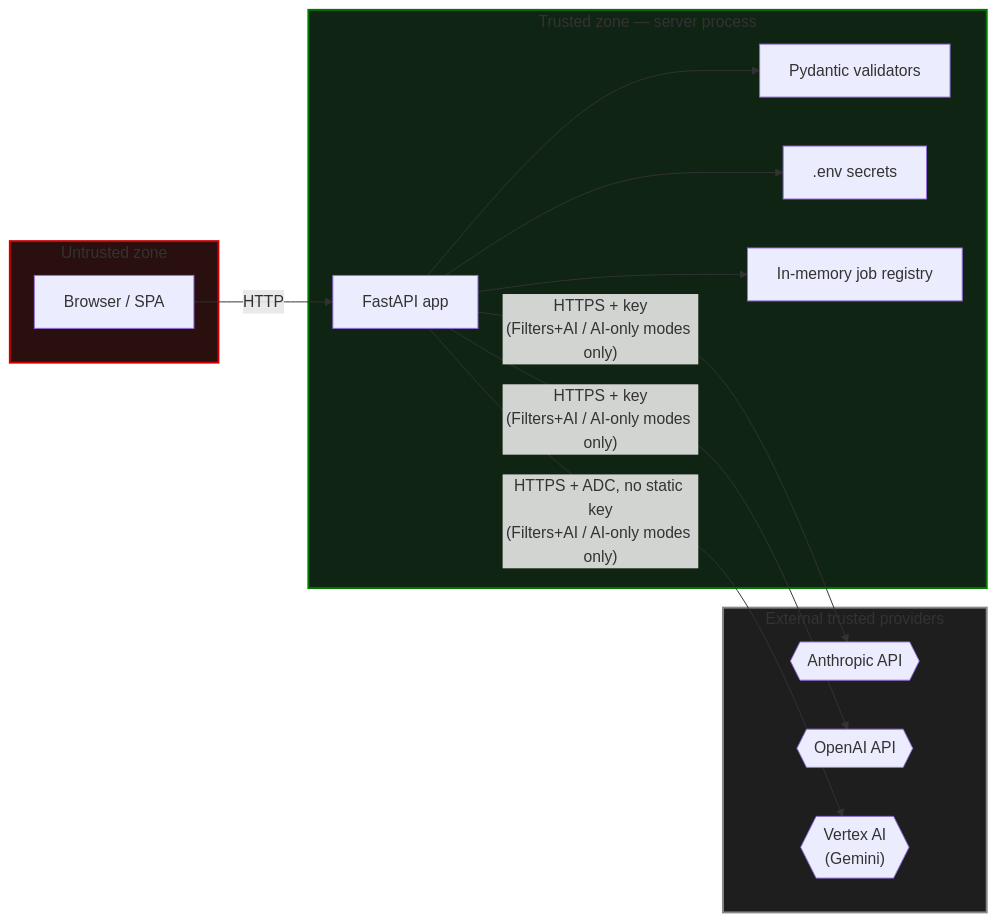
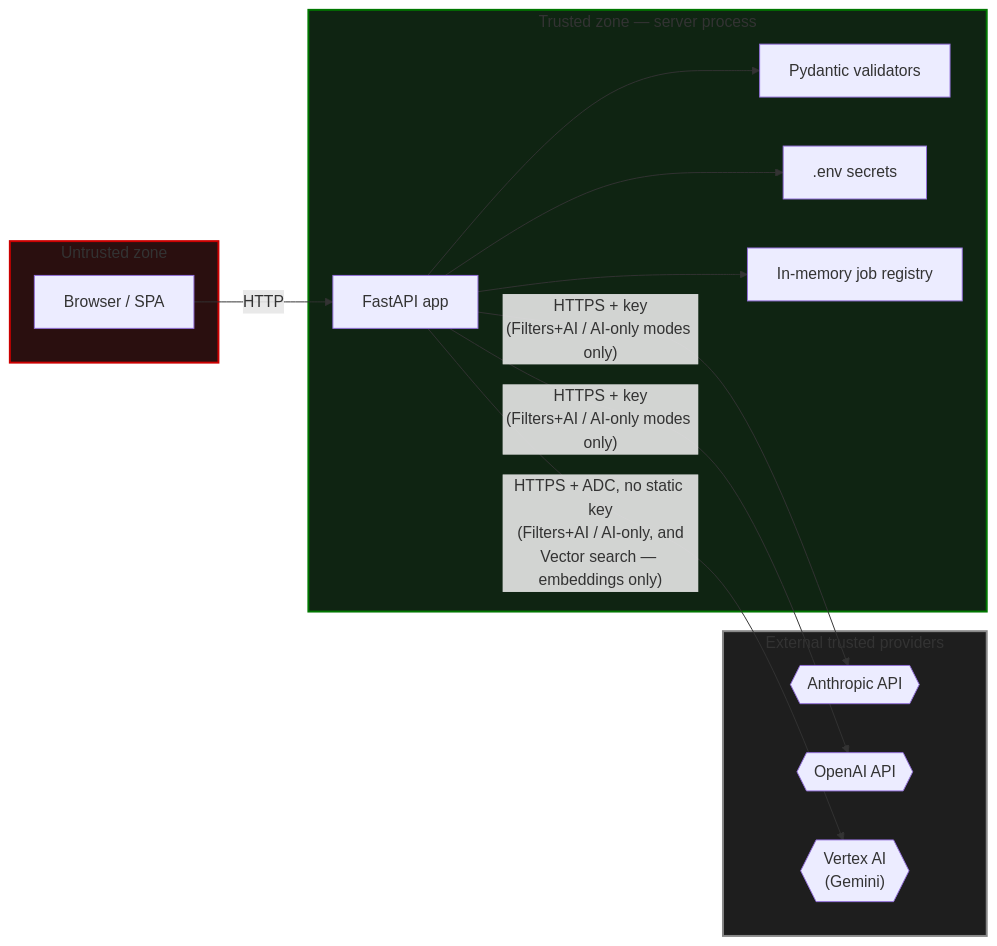
The seventh of 9 diagrams in docs/architecture.md (KhushbuVaishnav/HomeLens), drawn with Mermaid before and after one commit. The commit also changed other lines of this file and 11 other files, not shown here.

First line of the commit message:
Add experimental vector search functionality and dashboard

````diff
--- a/docs/architecture.md
+++ b/docs/architecture.md
@@ -202,31 +272,31 @@
 ```mermaid
 flowchart LR
     subgraph Untrusted["Untrusted zone"]
         Browser["Browser / SPA"]
     end
 
     subgraph Trusted["Trusted zone — server process"]
         API["FastAPI app"]
         Validators["Pydantic validators"]
         Secrets[".env secrets"]
         Jobs["In-memory job registry"]
     end
 
     subgraph External["External trusted providers"]
         Anthropic{{"Anthropic API"}}
         OpenAI{{"OpenAI API"}}
         Vertex{{"Vertex AI<br/>(Gemini)"}}
     end
 
     Browser -->|HTTP| API
     API --> Validators
     API --> Secrets
     API --> Jobs
     API -->|"HTTPS + key<br/>(Filters+AI / AI-only modes only)"| Anthropic
     API -->|"HTTPS + key<br/>(Filters+AI / AI-only modes only)"| OpenAI
-    API -->|"HTTPS + ADC, no static key<br/>(Filters+AI / AI-only modes only)"| Vertex
+    API -->|"HTTPS + ADC, no static key<br/>(Filters+AI / AI-only, and<br/>Vector search — embeddings only)"| Vertex
 
     style Untrusted fill:#2a0f0f,stroke:#CC0000,stroke-width:2px
     style Trusted fill:#0f2412,stroke:#007700,stroke-width:2px
     style External fill:#1e1e1e,stroke:#888888,stroke-width:2px
 ```
````
